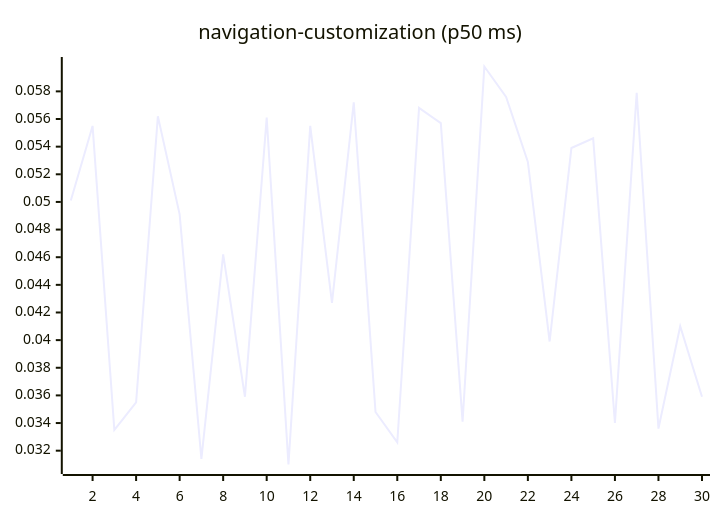
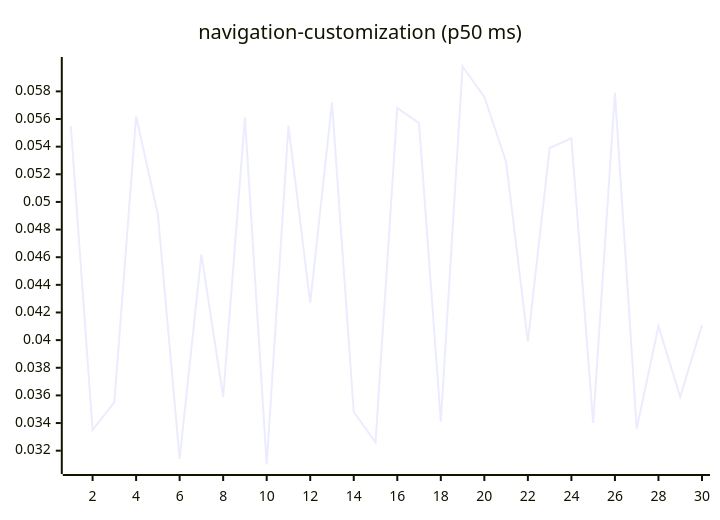
One commit to josha/Facet changed diagram 15 of 27 in README.md. Above: the diagram before and after it, drawn with Mermaid. The commit also changed other lines of this file and 2 other files, not shown here.

````diff
--- a/README.md
+++ b/README.md
@@ -161,6 +161,6 @@
 ```mermaid
 xychart-beta
     title "navigation-customization (p50 ms)"
     x-axis 1 --> 30
-    line [0.0501, 0.0555, 0.0335, 0.0355, 0.0562, 0.0491, 0.0314, 0.0462, 0.0359, 0.0561, 0.0310, 0.0555, 0.0427, 0.0572, 0.0348, 0.0326, 0.0568, 0.0557, 0.0341, 0.0598, 0.0576, 0.0529, 0.0399, 0.0539, 0.0546, 0.0340, 0.0579, 0.0336, 0.0410, 0.0359]
+    line [0.0555, 0.0335, 0.0355, 0.0562, 0.0491, 0.0314, 0.0462, 0.0359, 0.0561, 0.0310, 0.0555, 0.0427, 0.0572, 0.0348, 0.0326, 0.0568, 0.0557, 0.0341, 0.0598, 0.0576, 0.0529, 0.0399, 0.0539, 0.0546, 0.0340, 0.0579, 0.0336, 0.0410, 0.0359, 0.0411]
 ```
````
